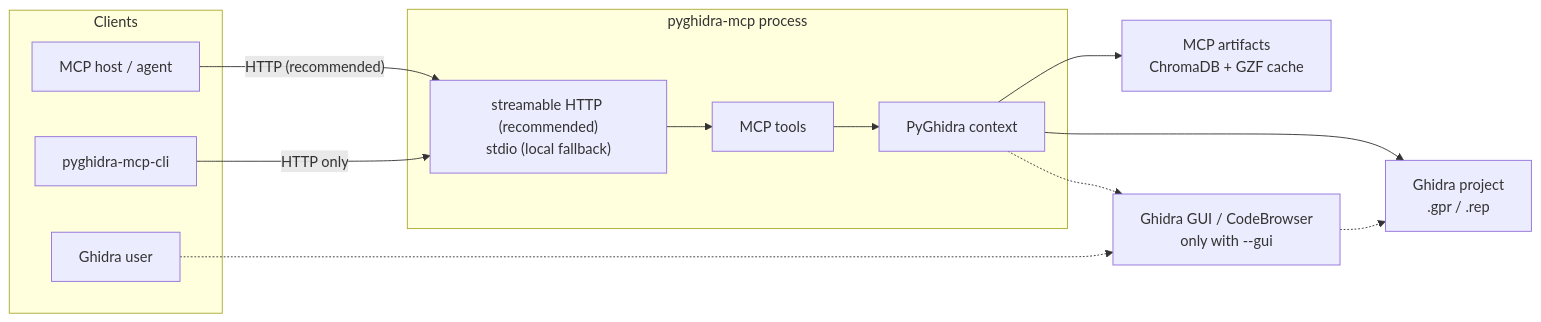
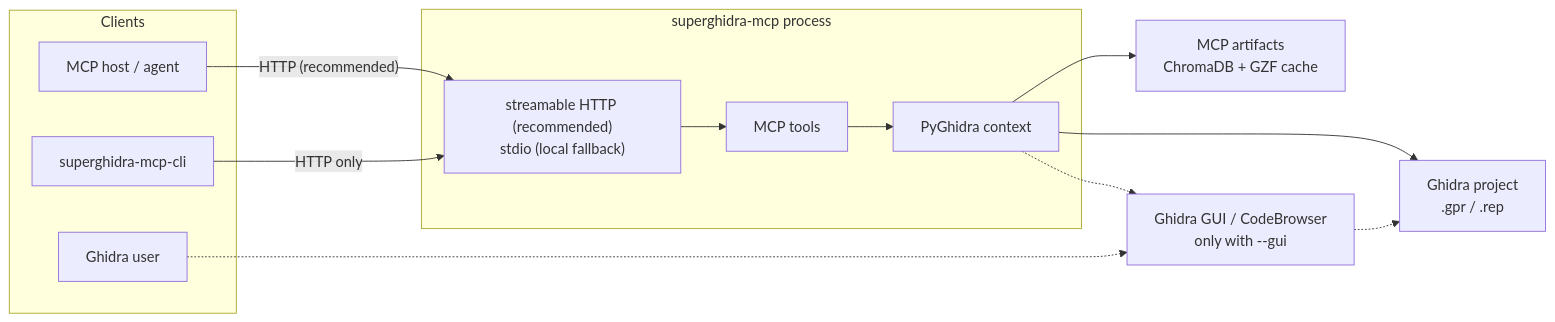
Before and after one commit to yuatemycat/SuperghidraMCP: the first of 4 diagrams in README.md, drawn with Mermaid. The commit also changed other lines of this file and 4 other files, not shown here.

````diff
--- a/README.md
+++ b/README.md
@@ -59,28 +58,28 @@
 ```mermaid
 flowchart LR
     subgraph Clients["Clients"]
         Agent["MCP host / agent"]
-        Cli["pyghidra-mcp-cli"]
+        Cli["superghidra-mcp-cli"]
         User["Ghidra user"]
     end
 
-    subgraph Process["pyghidra-mcp process"]
+    subgraph Process["superghidra-mcp process"]
         Transport["streamable HTTP (recommended)<br/>stdio (local fallback)"]
         Tools["MCP tools"]
         Context["PyGhidra context"]
     end
 
     Project["Ghidra project<br/>.gpr / .rep"]
     Artifacts["MCP artifacts<br/>ChromaDB + GZF cache"]
     Gui["Ghidra GUI / CodeBrowser<br/>only with --gui"]
 
     Agent -->|"HTTP (recommended)"| Transport
     Cli -->|"HTTP only"| Transport
     Transport --> Tools
     Tools --> Context
     Context --> Project
     Context --> Artifacts
     Context -.-> Gui
     User -.-> Gui
     Gui -.-> Project
 ```
````
